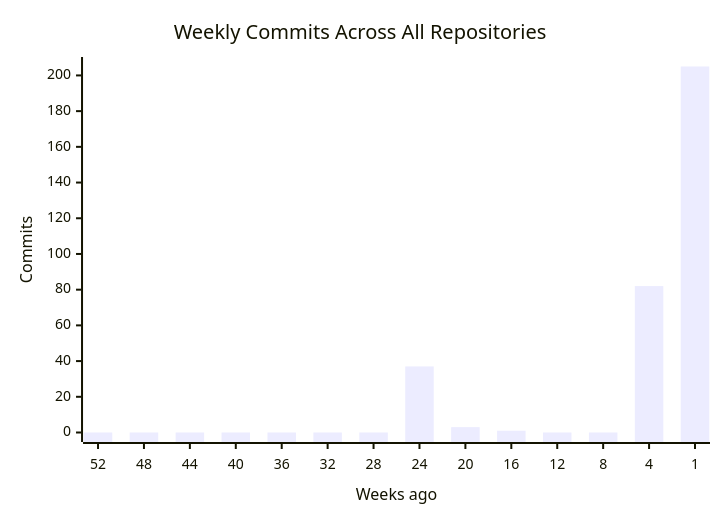
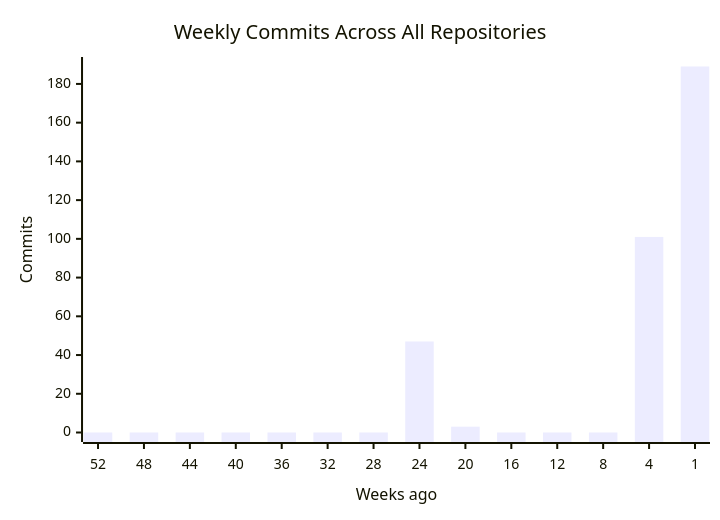
Before and after one commit to CSTH-Projects/.github: the first of 4 diagrams in profile/README.md, drawn with Mermaid. The commit also changed other lines of this file, not shown here.

````diff
--- a/profile/README.md
+++ b/profile/README.md
@@ -16,7 +16,7 @@
 ```mermaid
 xychart-beta
     title "Weekly Commits Across All Repositories"
     x-axis "Weeks ago" [52, 48, 44, 40, 36, 32, 28, 24, 20, 16, 12, 8, 4, 1]
     y-axis "Commits"
-    bar [0, 0, 0, 0, 0, 0, 0, 37, 3, 1, 0, 0, 82, 205]
+    bar [0, 0, 0, 0, 0, 0, 0, 47, 3, 0, 0, 0, 101, 189]
 ```
````
